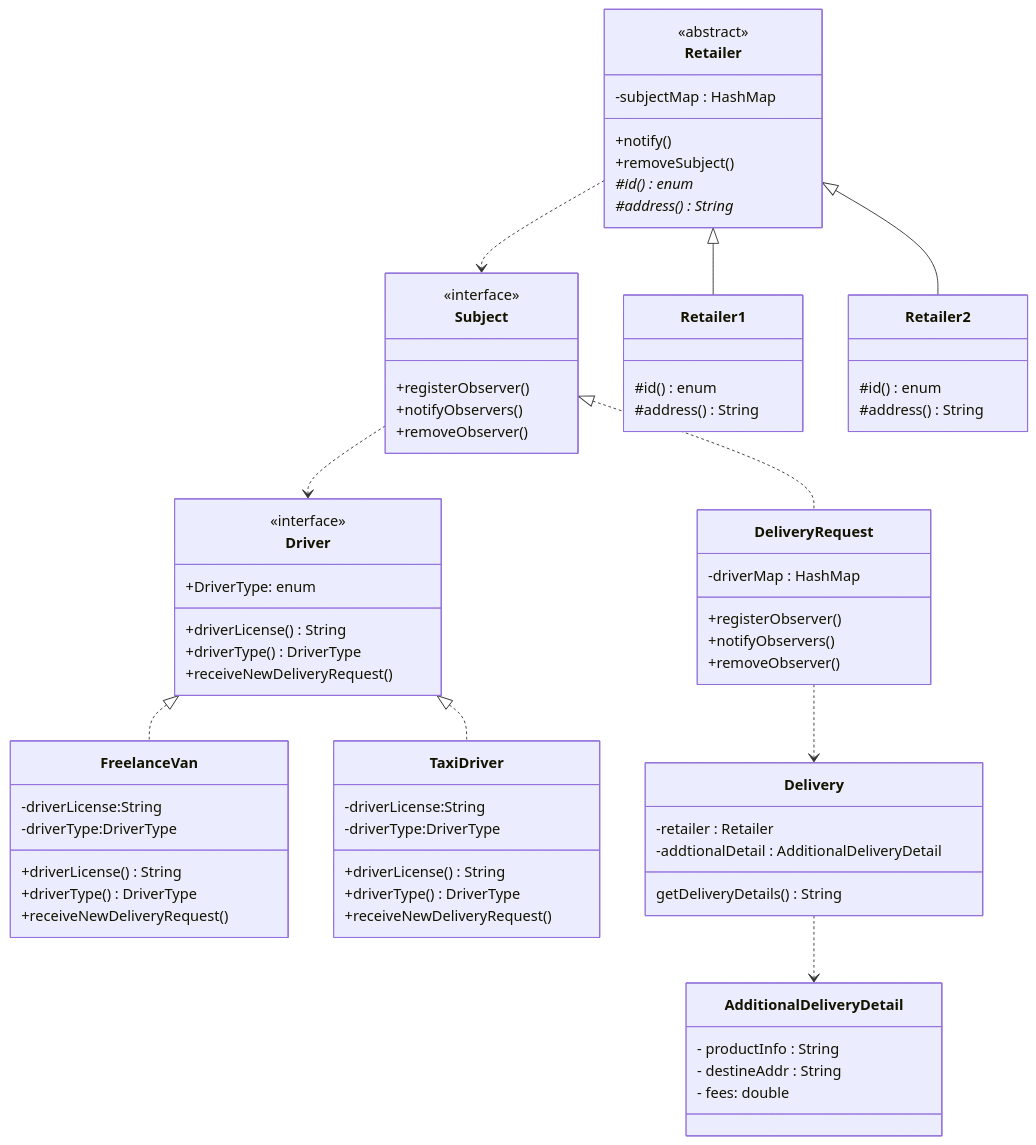
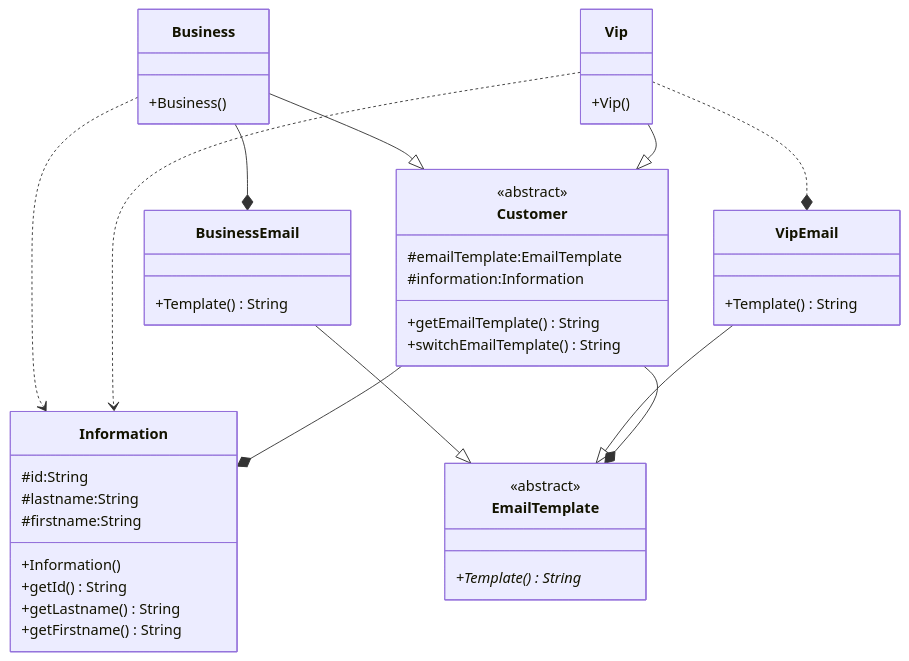
The diagram in README.md (nioliu/cs-665-assignment-3), drawn with Mermaid before and after one commit. The commit also changed other lines of this file and 18 other files, not shown here.

````diff
--- a/README.md
+++ b/README.md
@@ -49,86 +40,53 @@
 
 classDiagram
 
-class Driver{
- <<interface>>
- +DriverType: enum
- +driverLicense() String
- +driverType() DriverType
- +receiveNewDeliveryRequest()
+class EmailTemplate{
+ <<abstract>>
+ +Template() String*
 }
 
-class FreelanceVan{
-    -driverLicense:String
-    -driverType:DriverType
-    +driverLicense()String
-    +driverType()DriverType
-    +receiveNewDeliveryRequest()
+class VipEmail{
+   +Template() String
 }
 
-class TaxiDriver{
-    -driverLicense:String
-    -driverType:DriverType
-    +driverLicense()String
-    +driverType()DriverType
-    +receiveNewDeliveryRequest()
+class BusinessEmail{
+	+Template() String
 }
 
-class Subject{
-    <<interface>>
-    +registerObserver()
-    +notifyObservers()
-    +removeObserver()
+class Information{
+	#id:String
+	#lastname:String
+	#firstname:String  
+	+Information()
+	+getId()String
+	+getLastname()String
+	+getFirstname()String  
 }
 
-class DeliveryRequest{
-    -driverMap : HashMap
-    +registerObserver()
-    +notifyObservers()
-    +removeObserver()
+class Customer{
+	<<abstract>>
+    #emailTemplate:EmailTemplate
+    #information:Information
+    +getEmailTemplate()String
+    +switchEmailTemplate()String
 }
 
-class Retailer{
-    <<abstract>>
-    -subjectMap : HashMap
-    +notify()
-    +removeSubject()
-    #id()enum*
-    #address()String*
+class Business{
+    +Business()
 }
 
-class Retailer1{
-    #id()enum
-    #address()String
+class Vip{
+    +Vip()
 }
 
-class Retailer2{
-    #id()enum
-    #address()String
-}
-
-class Delivery{
-    -retailer : Retailer
-    -addtionalDetail : AdditionalDeliveryDetail
-    getDeliveryDetails()String
-}
-
-class AdditionalDeliveryDetail{
-    - productInfo : String
-    - destineAddr : String
-    - fees: double
-}
-
-%% implement beverage
-Driver <|..  FreelanceVan
-Driver <|..  TaxiDriver
-%% implement condiment
-Subject <|.. DeliveryRequest
-Retailer <|-- Retailer1
-Retailer <|-- Retailer2
-%% driver dependent driver
-Subject..>Driver
-%% Delivery reuqest composit AdditionalDeliveryDetail
-Delivery..>AdditionalDeliveryDetail
-DeliveryRequest..>Delivery
-Retailer..>Subject
+Business..>Information
+Business--*BusinessEmail
+Vip..>Information
+Vip..*VipEmail
+BusinessEmail--|>EmailTemplate
+VipEmail--|>EmailTemplate
+Business--|>Customer
+Vip--|>Customer
+Customer--*EmailTemplate
+Customer--*Information
 ```
````
